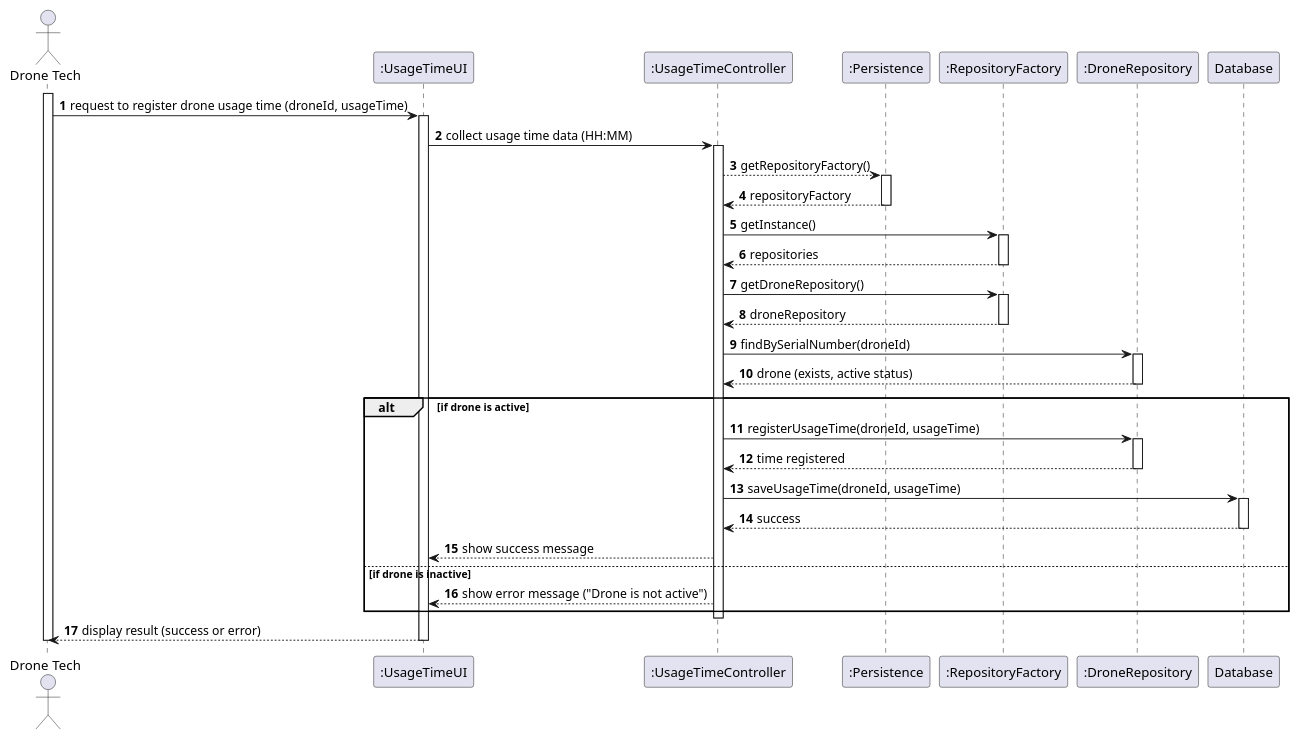
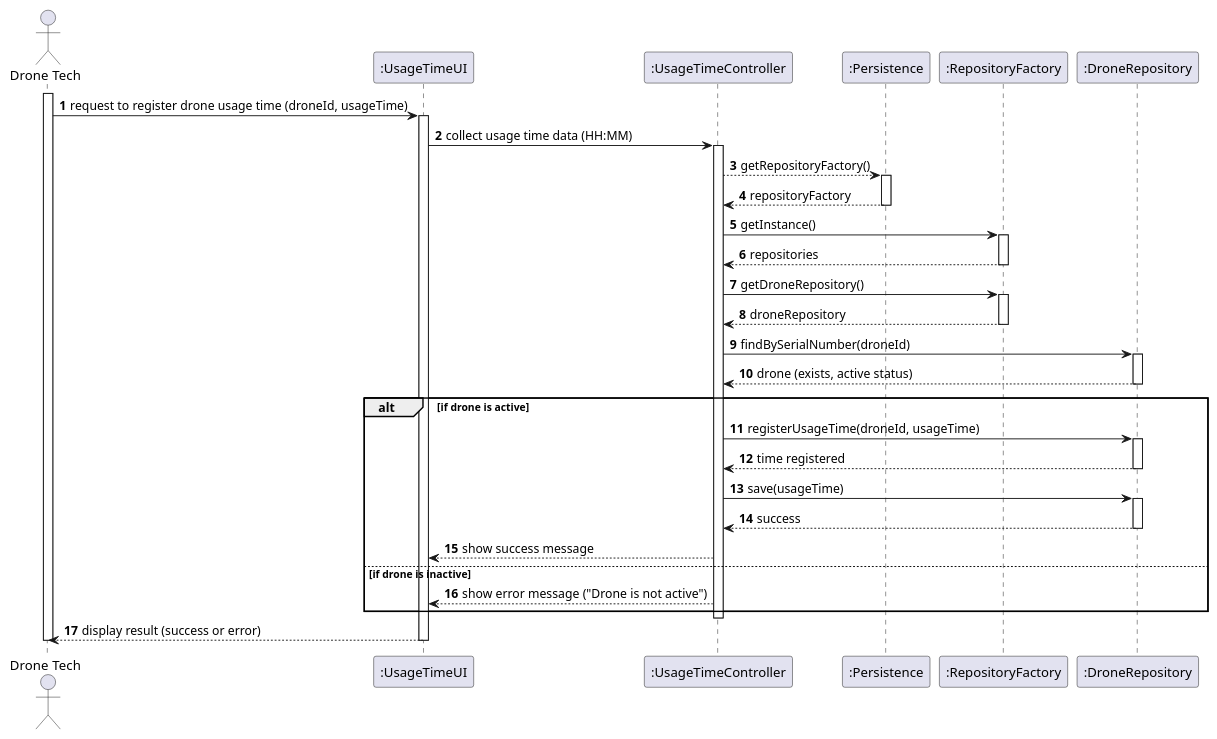
The diagram in docs/SPRINT_3/US327/puml/sequence_diagram_327.puml (diogoveirospro/sem4pi-2024-2025-sem4pi_2024_2025_g44), drawn with PlantUML before and after one commit. The commit also changed 2 other files, not shown here.

Commit message:
Changes done in sequence diagram of 326 327 and 328

```diff
--- a/docs/SPRINT_3/US327/puml/sequence_diagram_327.puml
+++ b/docs/SPRINT_3/US327/puml/sequence_diagram_327.puml
@@ -1,64 +1,63 @@
 @startuml
 'skinparam monochrome
 
 skinparam packageStyle rectangle
 skinparam shadowing false
 
 autonumber
 
 actor "Drone Tech" as DT
 participant ":UsageTimeUI" as UI
 participant ":UsageTimeController" as CTRL
 participant ":Persistence" as PERS
 participant ":RepositoryFactory" as REPOS
 participant ":DroneRepository" as DRONE_REPO
-participant "Database" as DB
 
 activate DT
 
 DT -> UI : request to register drone usage time (droneId, usageTime)
 activate UI
     UI -> CTRL : collect usage time data (HH:MM)
     activate CTRL
 
     CTRL --> PERS : getRepositoryFactory()
     activate PERS
     PERS --> CTRL : repositoryFactory
     deactivate PERS
 
     CTRL -> REPOS : getInstance()
     activate REPOS
     REPOS --> CTRL : repositories
     deactivate REPOS
 
     CTRL -> REPOS : getDroneRepository()
     activate REPOS
     REPOS --> CTRL : droneRepository
     deactivate REPOS
 
     CTRL -> DRONE_REPO : findBySerialNumber(droneId)
     activate DRONE_REPO
     DRONE_REPO --> CTRL : drone (exists, active status)
     deactivate DRONE_REPO
 
     alt if drone is active
         CTRL -> DRONE_REPO : registerUsageTime(droneId, usageTime)
         activate DRONE_REPO
         DRONE_REPO --> CTRL : time registered
         deactivate DRONE_REPO
 
-        CTRL -> DB : saveUsageTime(droneId, usageTime)
-        activate DB
-        DB --> CTRL : success
-        deactivate DB
+        CTRL -> DRONE_REPO : save(usageTime)
+        activate DRONE_REPO
+        DRONE_REPO --> CTRL : success
+        deactivate DRONE_REPO
 
         CTRL --> UI : show success message
     else if drone is inactive
         CTRL --> UI : show error message ("Drone is not active")
     end
 
     deactivate CTRL
 UI --> DT : display result (success or error)
 deactivate UI
 deactivate DT
 @enduml
```
